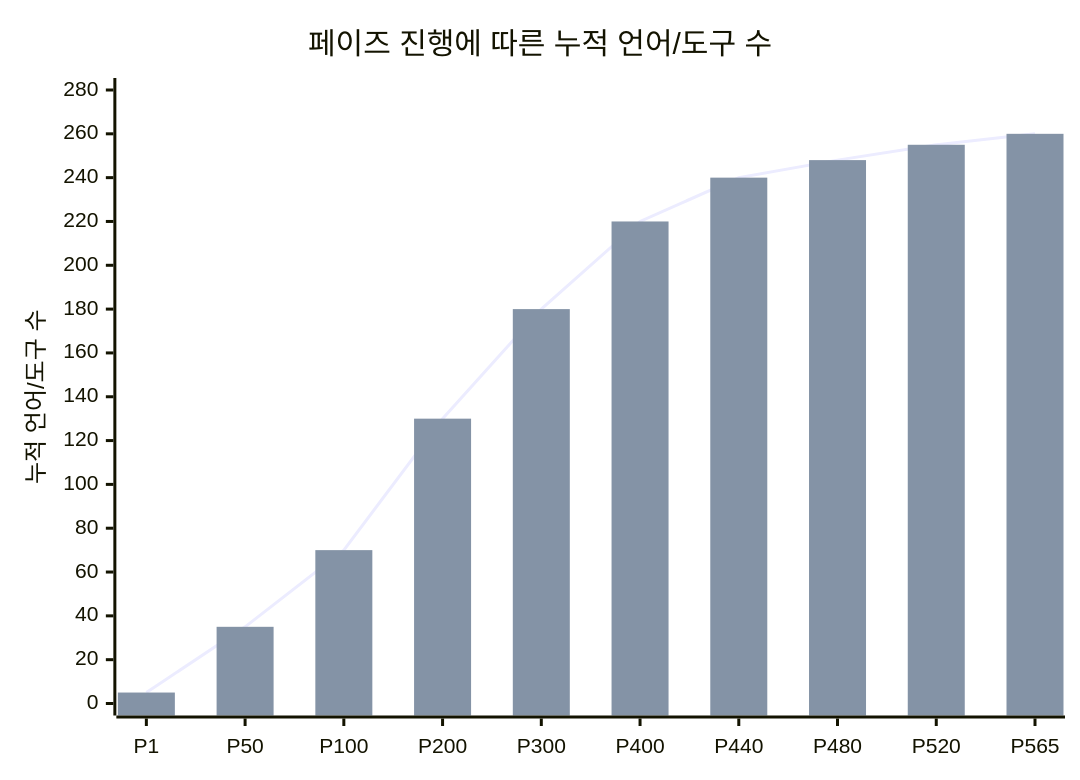
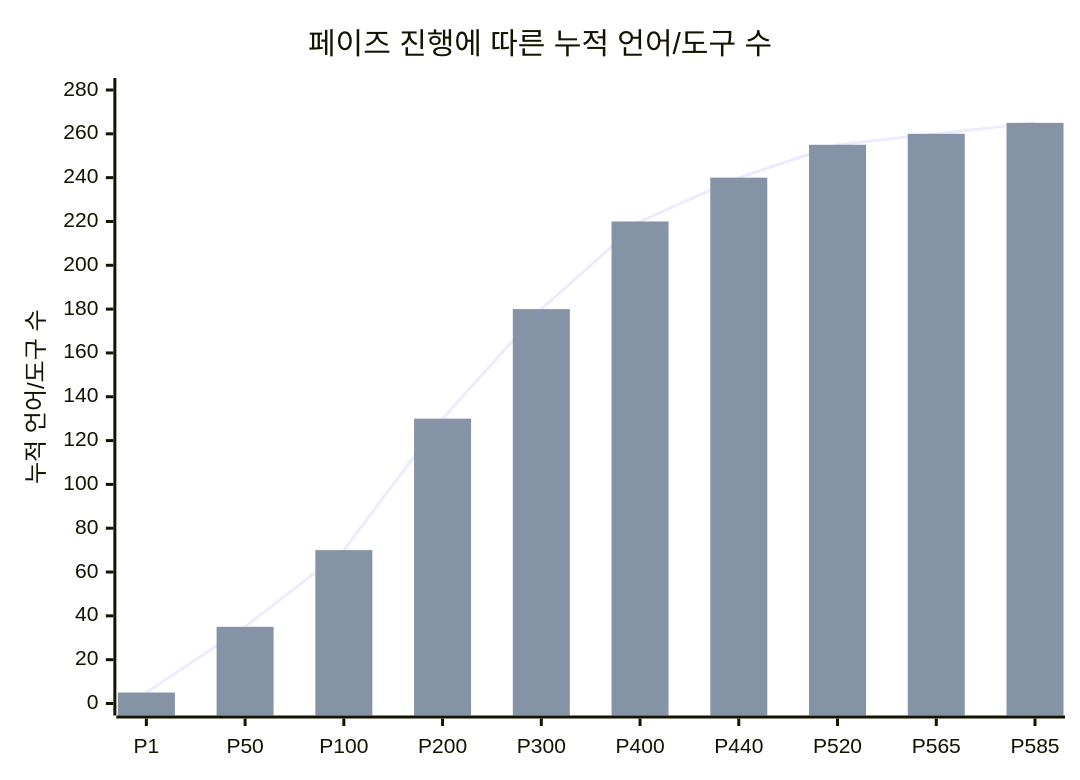
Before and after one commit to sun475300-sudo/Swarm-control-in-sc2bot: diagram 21 of 30 in README.md, drawn with Mermaid. The commit also changed other lines of this file, not shown here.

````diff
--- a/README.md
+++ b/README.md
@@ -1233,8 +1003,8 @@
 ```mermaid
 xychart-beta
     title "페이즈 진행에 따른 누적 언어/도구 수"
-    x-axis ["P1", "P50", "P100", "P200", "P300", "P400", "P440", "P480", "P520", "P565"]
+    x-axis ["P1", "P50", "P100", "P200", "P300", "P400", "P440", "P520", "P565", "P585"]
     y-axis "누적 언어/도구 수" 0 --> 280
-    line [5, 35, 70, 130, 180, 220, 240, 248, 255, 260]
-    bar [5, 35, 70, 130, 180, 220, 240, 248, 255, 260]
+    line [5, 35, 70, 130, 180, 220, 240, 255, 260, 265]
+    bar [5, 35, 70, 130, 180, 220, 240, 255, 260, 265]
 ```
````
